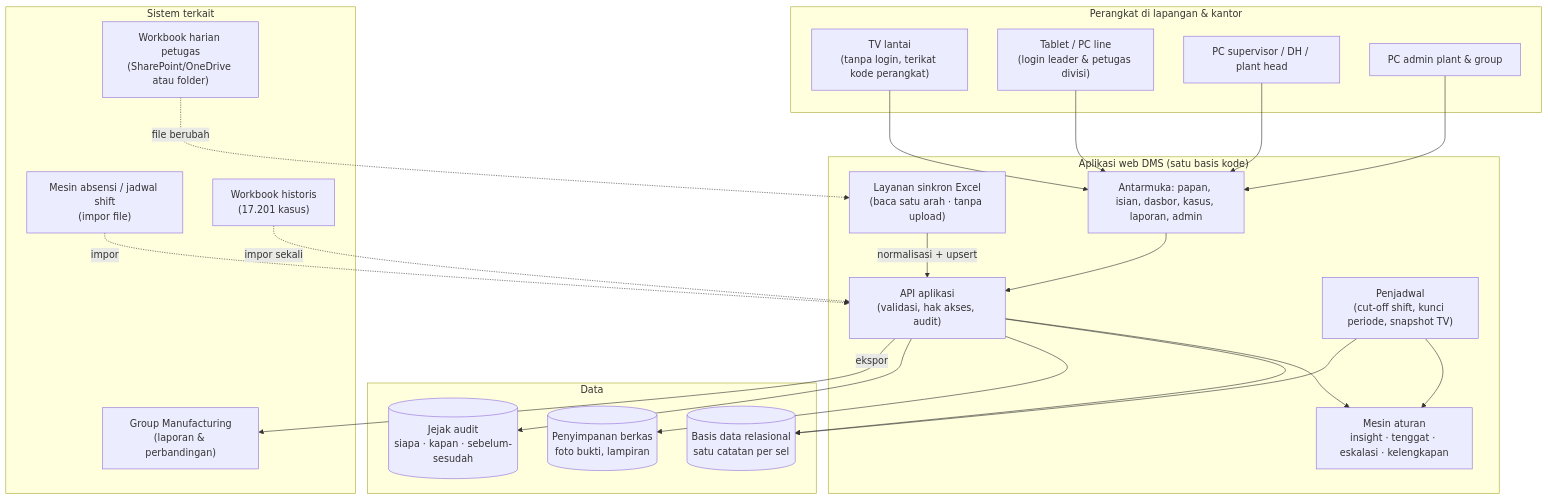
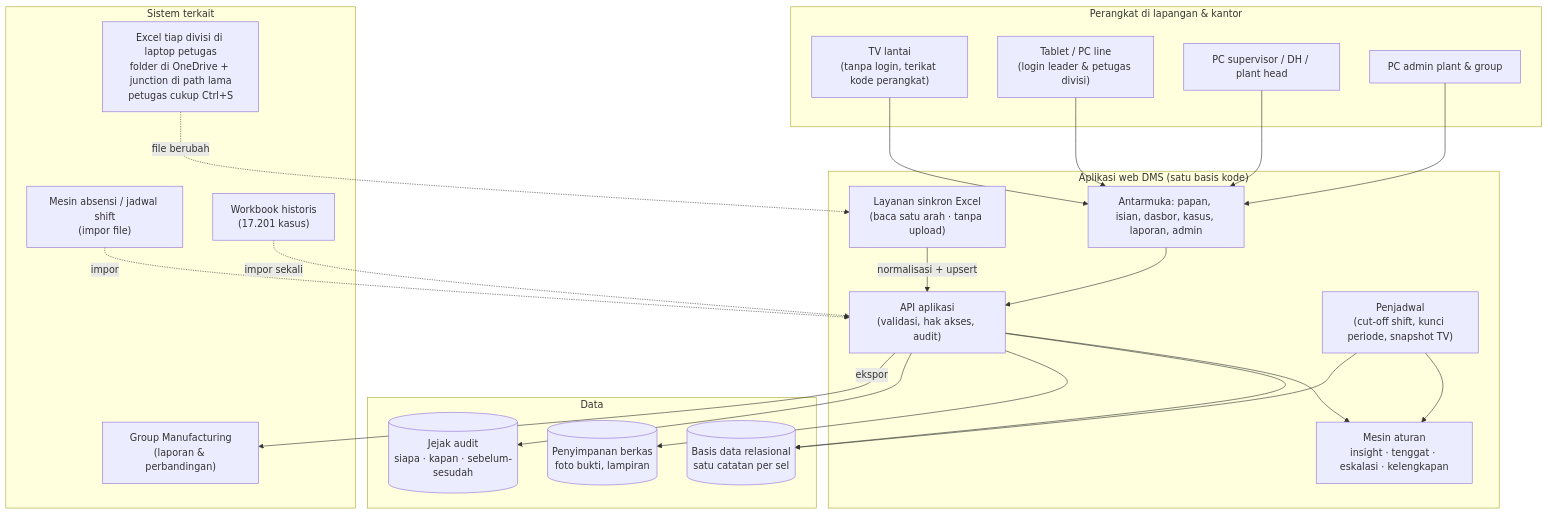
The first of 3 diagrams in docs/laporan/rancangan/02-RANCANGAN-APLIKASI.md (GalaxyDust/DailyMonitoringSystem_App), drawn with Mermaid before and after one commit. The commit also changed other lines of this file and 10 other files, not shown here.

First line of the commit message:
Excel tetap di laptop: OneDrive + junction, tanpa upload, tanpa pembekuan

````diff
--- a/docs/laporan/rancangan/02-RANCANGAN-APLIKASI.md
+++ b/docs/laporan/rancangan/02-RANCANGAN-APLIKASI.md
@@ -30,47 +30,47 @@
 ```mermaid
 flowchart TB
     subgraph Klien["Perangkat di lapangan & kantor"]
         TV["TV lantai<br/>(tanpa login, terikat kode perangkat)"]
         TAB["Tablet / PC line<br/>(login leader & petugas divisi)"]
         PC["PC supervisor / DH / plant head"]
         ADM["PC admin plant & group"]
     end
 
     subgraph App["Aplikasi web DMS (satu basis kode)"]
         UI["Antarmuka: papan, isian, dasbor, kasus, laporan, admin"]
         API["API aplikasi<br/>(validasi, hak akses, audit)"]
         RULE["Mesin aturan<br/>insight · tenggat · eskalasi · kelengkapan"]
         JOB["Penjadwal<br/>(cut-off shift, kunci periode, snapshot TV)"]
         SYNC["Layanan sinkron Excel<br/>(baca satu arah · tanpa upload)"]
     end
 
     subgraph Data["Data"]
         DB[("Basis data relasional<br/>satu catatan per sel")]
         FILE[("Penyimpanan berkas<br/>foto bukti, lampiran")]
         AUD[("Jejak audit<br/>siapa · kapan · sebelum-sesudah")]
     end
 
     subgraph Luar["Sistem terkait"]
         ABS["Mesin absensi / jadwal shift<br/>(impor file)"]
         XLS["Workbook historis<br/>(17.201 kasus)"]
-        XLSL["Workbook harian petugas<br/>(SharePoint/OneDrive atau folder)"]
+        XLSL["Excel tiap divisi di laptop petugas<br/>folder di OneDrive + junction di path lama<br/>petugas cukup Ctrl+S"]
         GRP["Group Manufacturing<br/>(laporan & perbandingan)"]
     end
 
     TV --> UI
     TAB --> UI
     PC --> UI
     ADM --> UI
     UI --> API
     API --> RULE
     API --> DB
     API --> FILE
     API --> AUD
     JOB --> RULE
     JOB --> DB
     API -->|ekspor| GRP
     ABS -.impor.-> API
     XLS -.impor sekali.-> API
     XLSL -.->|file berubah| SYNC
     SYNC -->|normalisasi + upsert| API
 ```
````
